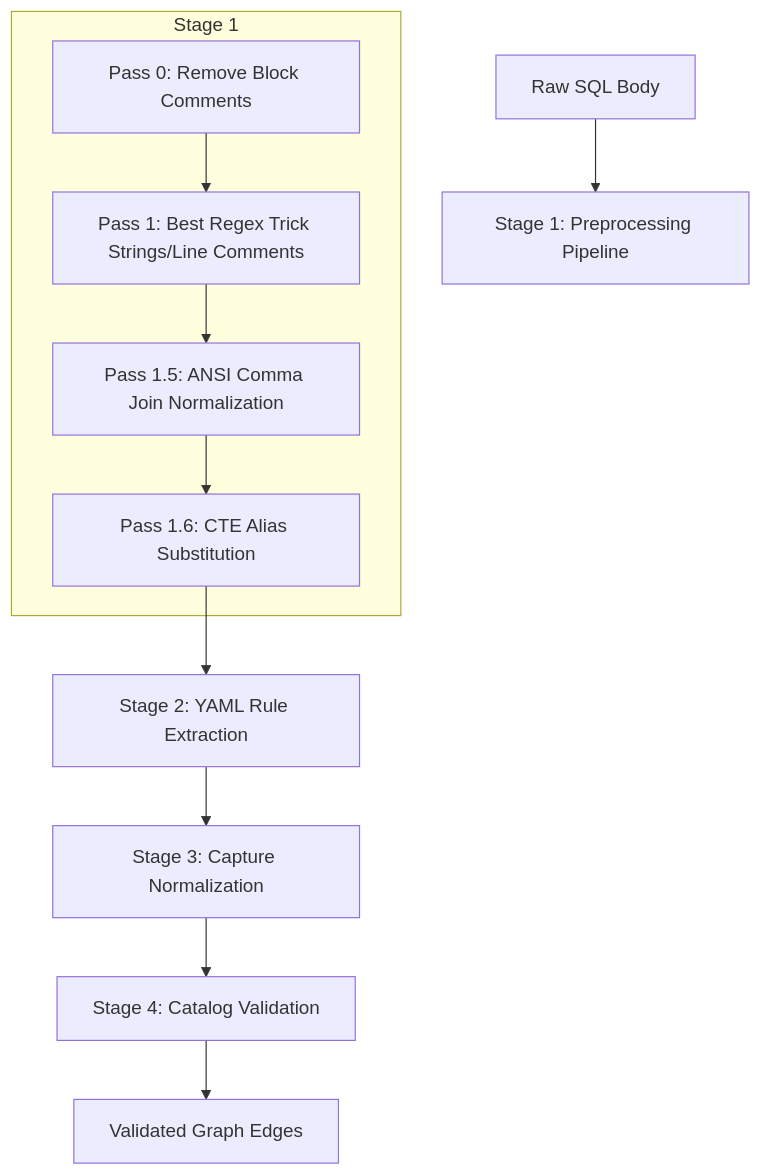
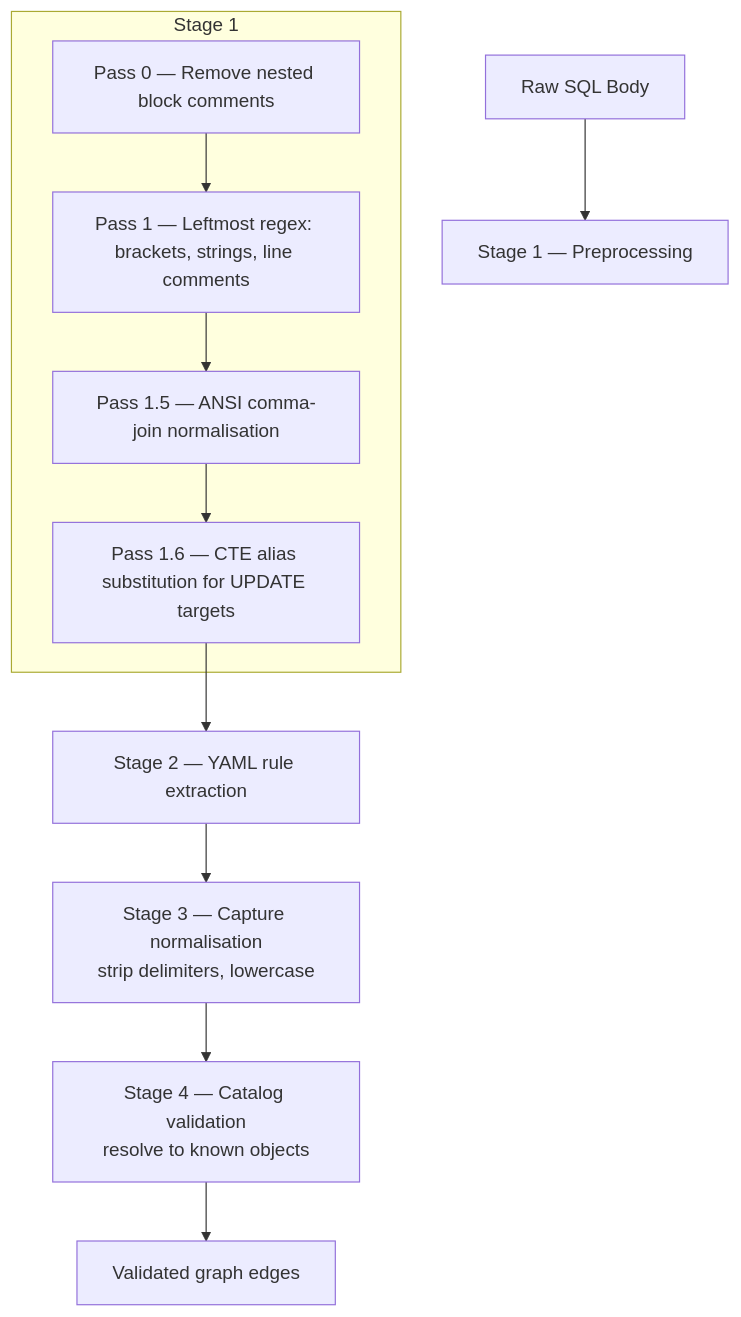
Before and after one commit to ChrisDevRepo/vscode_data_lineage: the diagram in docs/PARSE_RULES.md, drawn with Mermaid. The commit also changed other lines of this file and 10 other files, not shown here.

````diff
--- a/docs/PARSE_RULES.md
+++ b/docs/PARSE_RULES.md
@@ -8,18 +16,15 @@
 ```mermaid
 flowchart TD
-    A[Raw SQL Body] --> B[Stage 1: Preprocessing Pipeline]
-    
-    subgraph Stage 1
-        B1[Pass 0: Remove Block Comments]
-        B2[Pass 1: Best Regex Trick Strings/Line Comments]
-        B3[Pass 1.5: ANSI Comma Join Normalization]
-        B4[Pass 1.6: CTE Alias Substitution]
-        
+    A[Raw SQL Body] --> B[Stage 1 — Preprocessing]
+    subgraph S1 [Stage 1]
+        B1[Pass 0 — Remove nested block comments]
+        B2[Pass 1 — Leftmost regex: brackets, strings, line comments]
+        B3[Pass 1.5 — ANSI comma-join normalisation]
+        B4[Pass 1.6 — CTE alias substitution for UPDATE targets]
         B1 --> B2 --> B3 --> B4
     end
-    
-    B4 --> C[Stage 2: YAML Rule Extraction]
-    C --> D[Stage 3: Capture Normalization]
-    D --> E[Stage 4: Catalog Validation]
-    E --> F[Validated Graph Edges]
+    B4 --> C[Stage 2 — YAML rule extraction]
+    C --> D[Stage 3 — Capture normalisation<br/>strip delimiters, lowercase]
+    D --> E[Stage 4 — Catalog validation<br/>resolve to known objects]
+    E --> F[Validated graph edges]
 ```
````
